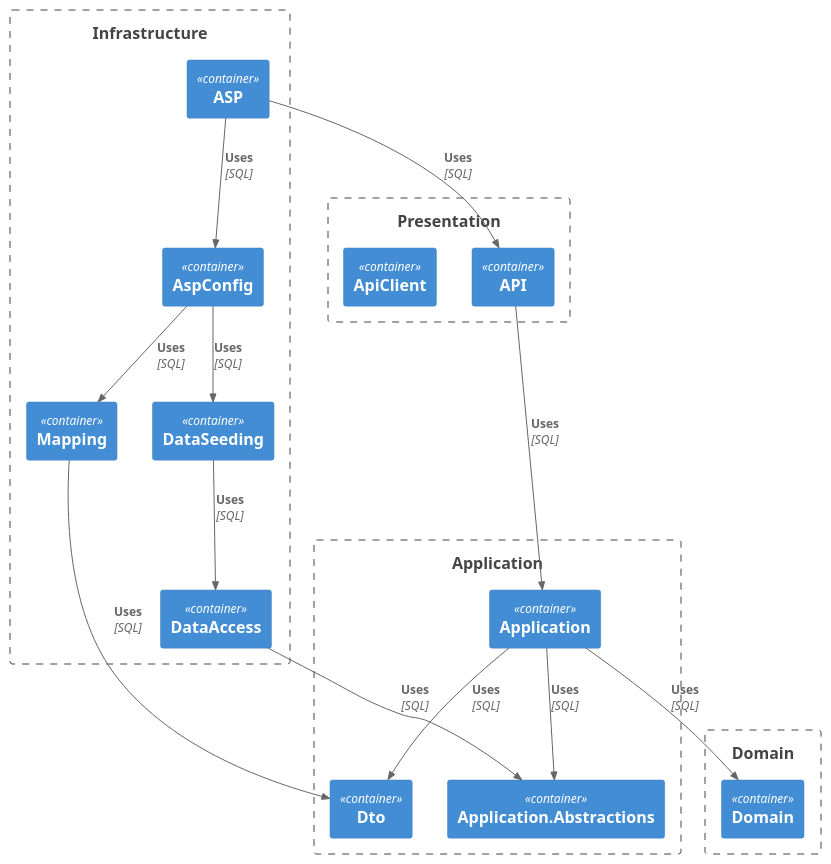
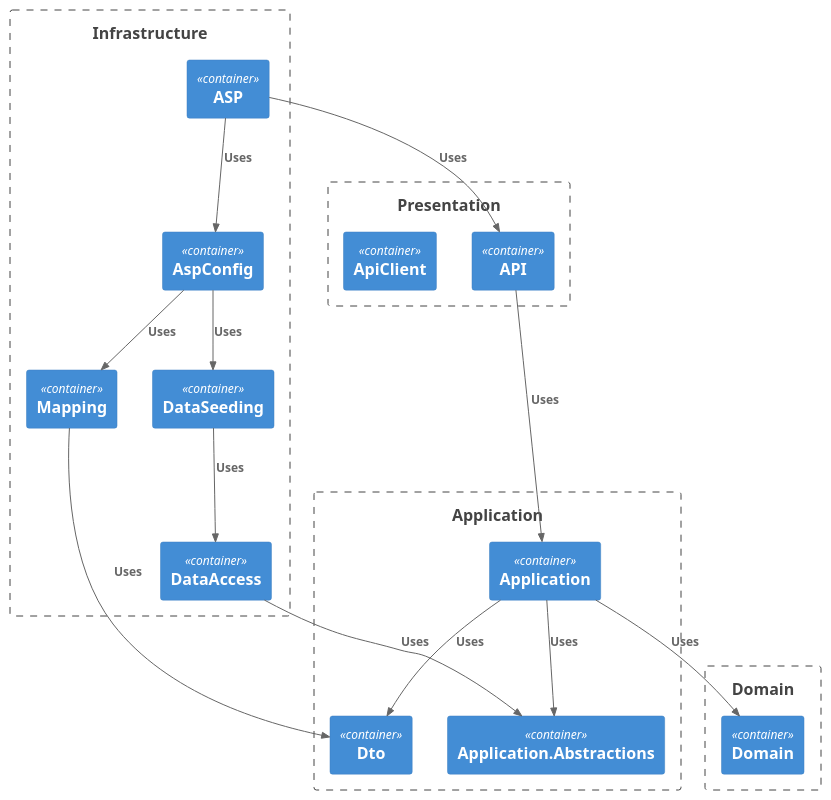
One commit to kysect/CodeRules changed the diagram in solution-structure.md. Above: the diagram before and after it, drawn with PlantUML. The commit also changed 1 other file, not shown here.

Commit message:
Remove "sql" from relations in diagram

````diff
--- a/solution-structure.md
+++ b/solution-structure.md
@@ -28,45 +28,46 @@
 ```plantuml
 @startuml iwentys-entity-manager
+
 !include https://raw.githubusercontent.com/plantuml-stdlib/C4-PlantUML/master/C4_Container.puml
 
 Boundary(DomainLayer, "Domain") {
-    Container(Domain, "Domain", "")
+    Container(Domain, "Domain")
 }
 
 Boundary(ApplicationLayer, "Application") {
-    Container(Dto, "Dto", "")
-    Container(Application, "Application", "")
-    Container(Application.Abstractions, "Application.Abstractions", "")
+    Container(Dto, "Dto")
+    Container(Application, "Application")
+    Container(Application.Abstractions, "Application.Abstractions")
 }
 
 Boundary(Presentation, "Presentation") {
-    Container(Api, "API", "")
-    Container(ApiClient, "ApiClient", "")
+    Container(Api, "API")
+    Container(ApiClient, "ApiClient")
 }
 
 Boundary(Infrastructure, "Infrastructure") {
-    Container(Mapping, "Mapping", "")
-    Container(AspConfig, "AspConfig", "")
-    Container(DataAccess, "DataAccess", "")
-    Container(DataSeeding, "DataSeeding", "")
-    Container(ASP, "ASP", "")
+    Container(Mapping, "Mapping")
+    Container(AspConfig, "AspConfig")
+    Container(DataAccess, "DataAccess")
+    Container(DataSeeding, "DataSeeding")
+    Container(ASP, "ASP")
 }
 
-Rel(Application, Domain, "Uses", "SQL")
+Rel(Application, Domain, "Uses")
 
-Rel(Application, Application.Abstractions, "Uses", "SQL")
-Rel(Application, Dto, "Uses", "SQL")
-Rel(Api, Application, "Uses", "SQL")
+Rel(Application, Application.Abstractions, "Uses")
+Rel(Application, Dto, "Uses")
+Rel(Api, Application, "Uses")
 
-Rel(Mapping, Dto, "Uses", "SQL")
-Rel(DataAccess, Application.Abstractions, "Uses", "SQL")
-Rel(DataSeeding, DataAccess, "Uses", "SQL")
+Rel(Mapping, Dto, "Uses")
+Rel(DataAccess, Application.Abstractions, "Uses")
+Rel(DataSeeding, DataAccess, "Uses")
 
-Rel(AspConfig, DataSeeding, "Uses", "SQL")
-Rel(AspConfig, Mapping, "Uses", "SQL")
+Rel(AspConfig, DataSeeding, "Uses")
+Rel(AspConfig, Mapping, "Uses")
 
-Rel(ASP, AspConfig, "Uses", "SQL")
-Rel(ASP, Api, "Uses", "SQL")
+Rel(ASP, AspConfig, "Uses")
+Rel(ASP, Api, "Uses")
 
 @enduml
 ```
````
